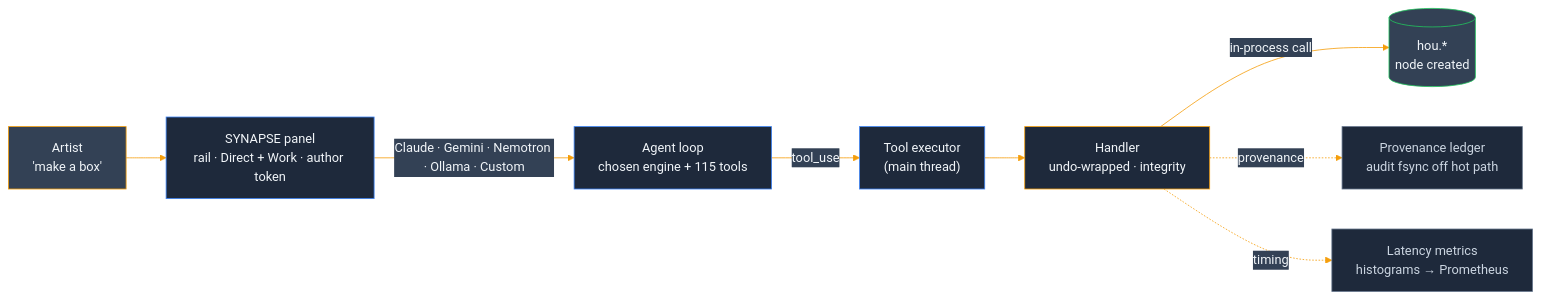
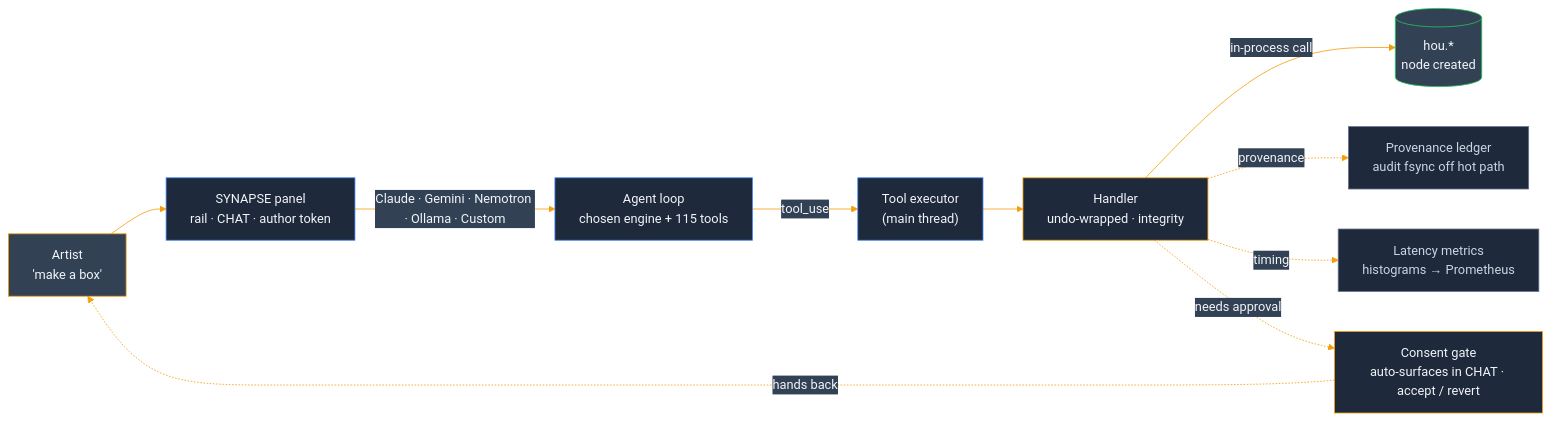
One commit to JosephOIbrahim/Synapse changed the first of 6 diagrams in README.md. Above: the diagram before and after it, drawn with Mermaid. The commit also changed other lines of this file and 2 other files, not shown here.

First line of the commit message:
docs: reflect v9.1 panel (single CHAT + consent auto-surface) in README + metadata

````diff
--- a/README.md
+++ b/README.md
@@ -58,16 +58,18 @@
 ```mermaid
 %%{init: {'theme':'base', 'themeVariables': {'primaryColor':'#1e293b','primaryTextColor':'#f1f5f9','primaryBorderColor':'#0f172a','lineColor':'#f59e0b','secondaryColor':'#334155','tertiaryColor':'#475569'}}}%%
 flowchart LR
-    ART["Artist<br/>'make a box'"]:::artist --> PANEL["SYNAPSE panel<br/>rail · Direct + Work · author token"]:::panel
+    ART["Artist<br/>'make a box'"]:::artist --> PANEL["SYNAPSE panel<br/>rail · CHAT · author token"]:::panel
     PANEL -->|"Claude · Gemini · Nemotron · Ollama · Custom"| LOOP["Agent loop<br/>chosen engine + 115 tools"]:::panel
     LOOP -->|"tool_use"| EXEC["Tool executor<br/>(main thread)"]:::panel
     EXEC --> BR["Handler<br/>undo-wrapped · integrity"]:::bridge
     BR -->|in-process call| HOU[("hou.*<br/>node created")]:::hou
     BR -.provenance.-> LEDGER["Provenance ledger<br/>audit fsync off hot path"]:::side
     BR -.timing.-> METRICS["Latency metrics<br/>histograms → Prometheus"]:::side
+    BR -.needs approval.-> GATE["Consent gate<br/>auto-surfaces in CHAT · accept / revert"]:::bridge
+    GATE -.hands back.-> ART
     classDef artist fill:#334155,stroke:#f59e0b,color:#f1f5f9
     classDef panel fill:#1e293b,stroke:#3b82f6,color:#f1f5f9
     classDef bridge fill:#1e293b,stroke:#f59e0b,color:#f1f5f9
     classDef hou fill:#334155,stroke:#22c55e,color:#f1f5f9
     classDef side fill:#1e293b,stroke:#64748b,color:#cbd5e1
 ```
````
